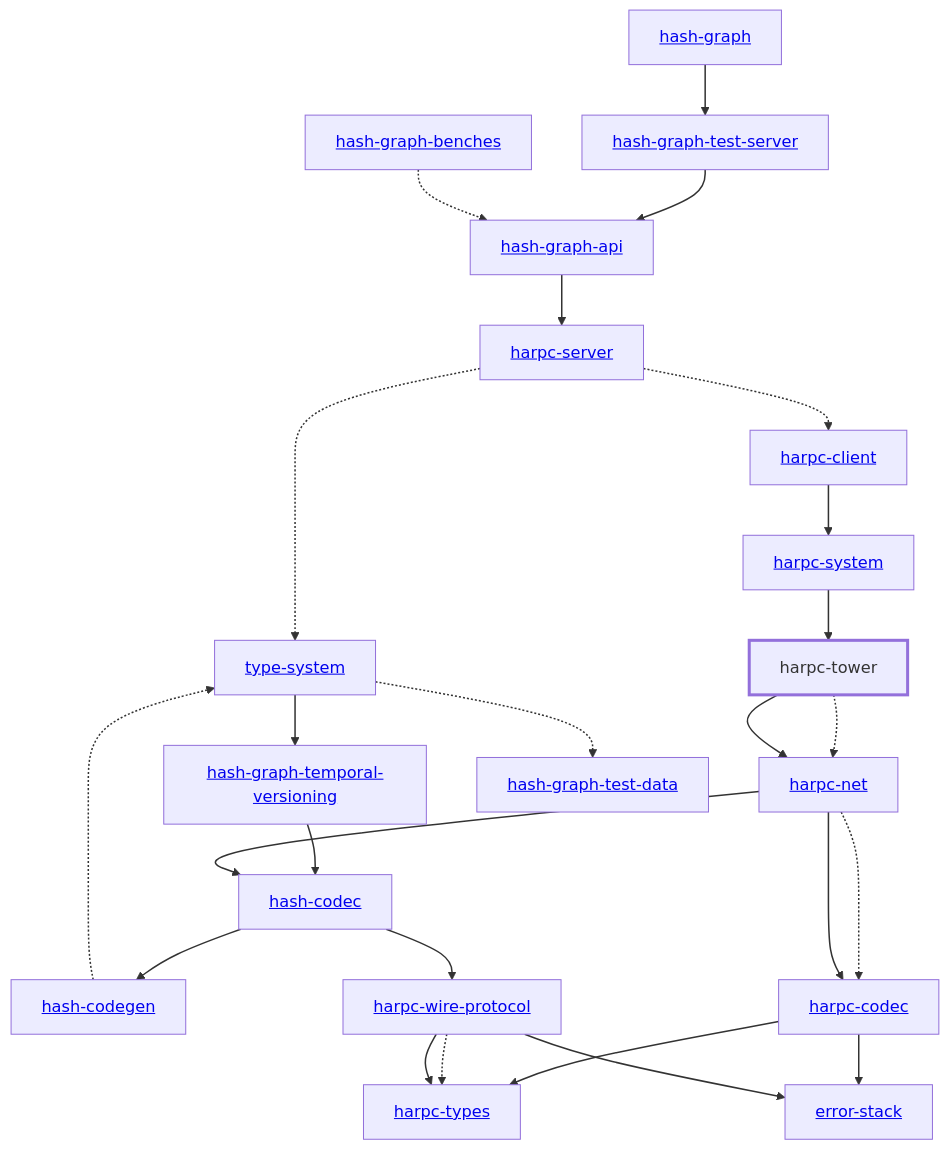
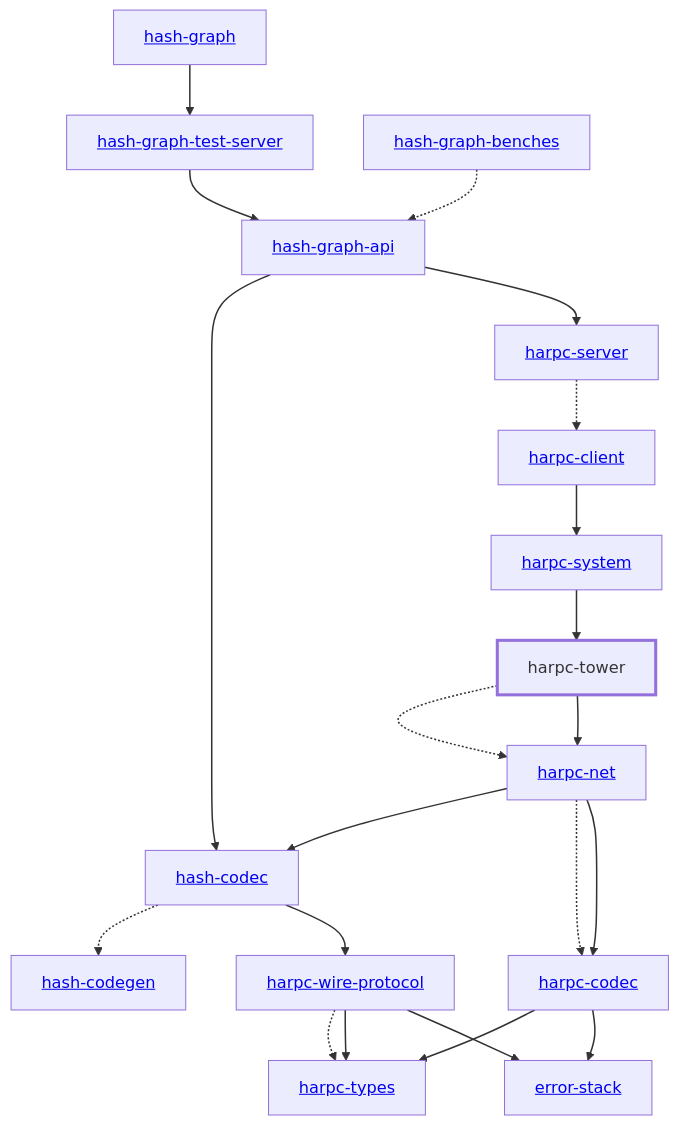
One commit to hashintel/hash changed the diagram in libs/@local/harpc/tower/docs/dependency-diagram.mmd. Above: the diagram before and after it, drawn with Mermaid. The commit also changed 21 other files, not shown here.

Commit message:
Update dependency diagrams

```diff
--- a/libs/@local/harpc/tower/docs/dependency-diagram.mmd
+++ b/libs/@local/harpc/tower/docs/dependency-diagram.mmd
@@ -1,53 +1,46 @@
 graph TD
     linkStyle default stroke-width:1.5px
     classDef default stroke-width:1px
     classDef root stroke-width:3px
     classDef dev stroke-width:1px
     classDef build stroke-width:1px
     %% Legend
     %% --> : Normal dependency
     %% -.-> : Dev dependency
     %% ---> : Build dependency
     0[<a href="../hash_graph">hash-graph</a>]
-    1[<a href="../type_system">type-system</a>]
-    2[<a href="../hash_codec">hash-codec</a>]
-    3[<a href="../hash_codegen">hash-codegen</a>]
-    4[<a href="../hash_graph_api">hash-graph-api</a>]
-    5[<a href="../hash_graph_temporal_versioning">hash-graph-temporal-versioning</a>]
-    6[<a href="../hash_graph_test_server">hash-graph-test-server</a>]
-    7[<a href="../harpc_client">harpc-client</a>]
-    8[<a href="../harpc_codec">harpc-codec</a>]
-    9[<a href="../harpc_net">harpc-net</a>]
-    10[<a href="../harpc_server">harpc-server</a>]
-    11[<a href="../harpc_system">harpc-system</a>]
-    12[harpc-tower]
-    class 12 root
-    13[<a href="../harpc_types">harpc-types</a>]
-    14[<a href="../harpc_wire_protocol">harpc-wire-protocol</a>]
-    15[<a href="../error_stack">error-stack</a>]
-    16[<a href="../hash_graph_benches">hash-graph-benches</a>]
-    17[<a href="../hash_graph_test_data">hash-graph-test-data</a>]
-    0 --> 6
-    1 --> 5
-    1 -.-> 17
-    2 --> 3
-    2 --> 14
-    3 -.-> 1
-    4 --> 10
-    5 --> 2
-    6 --> 4
-    7 --> 11
-    8 --> 13
-    8 --> 15
-    9 --> 2
-    9 -.-> 8
-    9 --> 8
-    10 -.-> 1
+    1[<a href="../hash_codec">hash-codec</a>]
+    2[<a href="../hash_codegen">hash-codegen</a>]
+    3[<a href="../hash_graph_api">hash-graph-api</a>]
+    4[<a href="../hash_graph_test_server">hash-graph-test-server</a>]
+    5[<a href="../harpc_client">harpc-client</a>]
+    6[<a href="../harpc_codec">harpc-codec</a>]
+    7[<a href="../harpc_net">harpc-net</a>]
+    8[<a href="../harpc_server">harpc-server</a>]
+    9[<a href="../harpc_system">harpc-system</a>]
+    10[harpc-tower]
+    class 10 root
+    11[<a href="../harpc_types">harpc-types</a>]
+    12[<a href="../harpc_wire_protocol">harpc-wire-protocol</a>]
+    13[<a href="../error_stack">error-stack</a>]
+    14[<a href="../hash_graph_benches">hash-graph-benches</a>]
+    0 --> 4
+    1 -.-> 2
+    1 --> 12
+    3 --> 1
+    3 --> 8
+    4 --> 3
+    5 --> 9
+    6 --> 11
+    6 --> 13
+    7 --> 1
+    7 -.-> 6
+    7 --> 6
+    8 -.-> 5
+    9 --> 10
     10 -.-> 7
-    11 --> 12
-    12 -.-> 9
-    12 --> 9
-    14 -.-> 13
-    14 --> 13
-    14 --> 15
-    16 -.-> 4
+    10 --> 7
+    12 -.-> 11
+    12 --> 11
+    12 --> 13
+    14 -.-> 3
```
